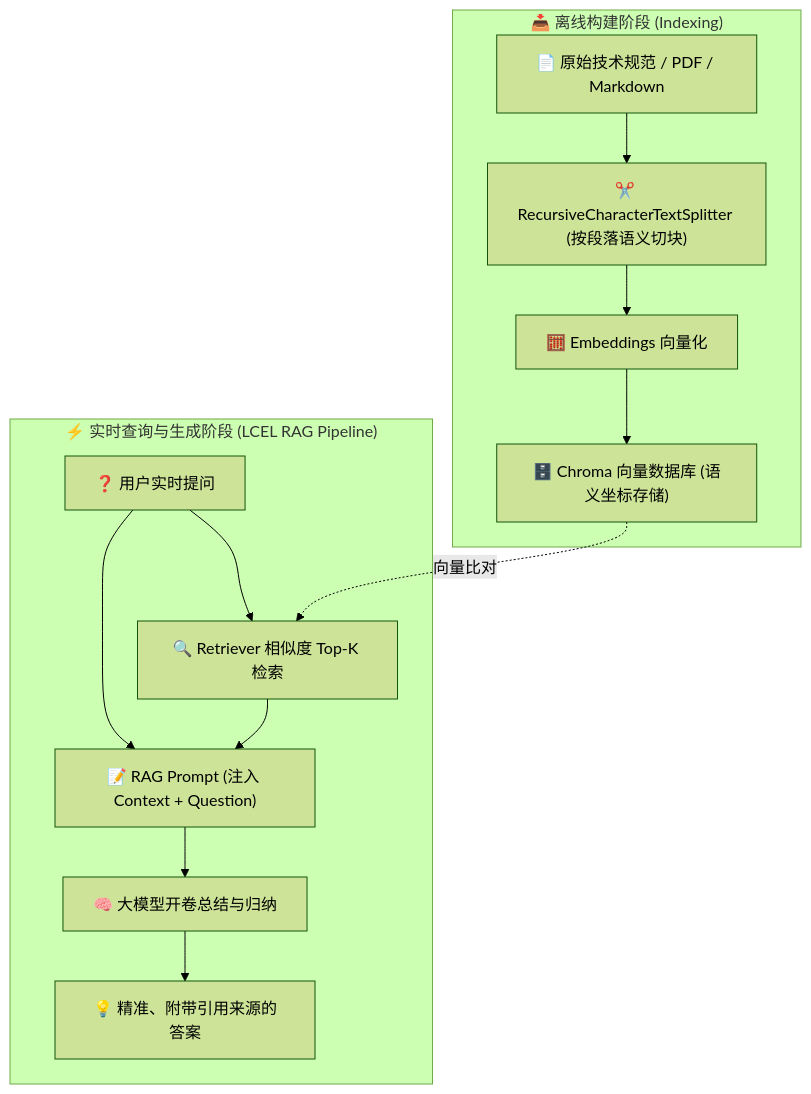
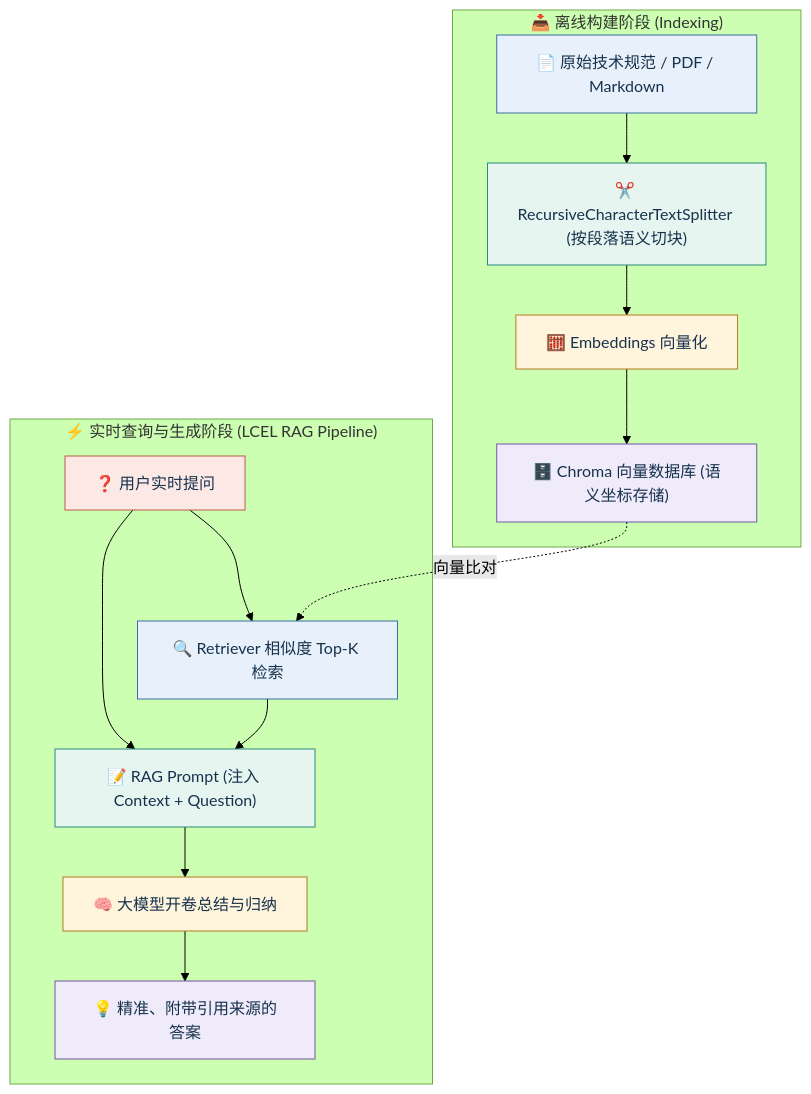
The diagram in 09_LangChain搭建Agent/img/diagrams/08-diagram-01.mmd (buffer121328/vibe-coding-and-agents), drawn with Mermaid (forest theme) before and after one commit. The commit also changed 105 other files, not shown here.

```diff
--- a/09_LangChain搭建Agent/img/diagrams/08-diagram-01.mmd
+++ b/09_LangChain搭建Agent/img/diagrams/08-diagram-01.mmd
@@ -1,21 +1,32 @@
 flowchart TD
 
     subgraph Indexing ["📥 离线构建阶段 (Indexing)"]
         RawDoc["📄 原始技术规范 / PDF / Markdown"]
         Splitter["✂️ RecursiveCharacterTextSplitter (按段落语义切块)"]
         Embed["🧮 Embeddings 向量化"]
         VDB["🗄️ Chroma 向量数据库 (语义坐标存储)"]
         RawDoc --> Splitter --> Embed --> VDB
     end
 
     subgraph QueryPipe ["⚡ 实时查询与生成阶段 (LCEL RAG Pipeline)"]
         UserQ["❓ 用户实时提问"]
         Retriever["🔍 Retriever 相似度 Top-K 检索"]
         Prompt["📝 RAG Prompt (注入 Context + Question)"]
         LLM["🧠 大模型开卷总结与归纳"]
         Answer["💡 精准、附带引用来源的答案"]
 
         UserQ --> Retriever
         VDB -. 向量比对 .-> Retriever
         Retriever & UserQ --> Prompt --> LLM --> Answer
     end
+
+%% Academic palette: restrained blue, teal, gold, violet, and coral accents.
+style RawDoc fill:#E8F1FB,stroke:#3A6EA5,color:#17324D
+style Splitter fill:#E7F5F1,stroke:#2B8A78,color:#17324D
+style Embed fill:#FFF4DC,stroke:#B47A1F,color:#17324D
+style VDB fill:#F0EBFA,stroke:#7357A6,color:#17324D
+style UserQ fill:#FCE9E6,stroke:#B65C4A,color:#17324D
+style Retriever fill:#E8F1FB,stroke:#3A6EA5,color:#17324D
+style Prompt fill:#E7F5F1,stroke:#2B8A78,color:#17324D
+style LLM fill:#FFF4DC,stroke:#B47A1F,color:#17324D
+style Answer fill:#F0EBFA,stroke:#7357A6,color:#17324D
```
